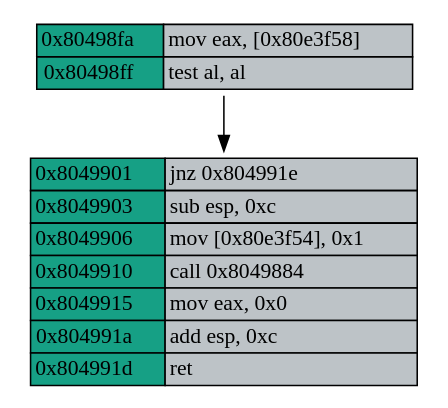
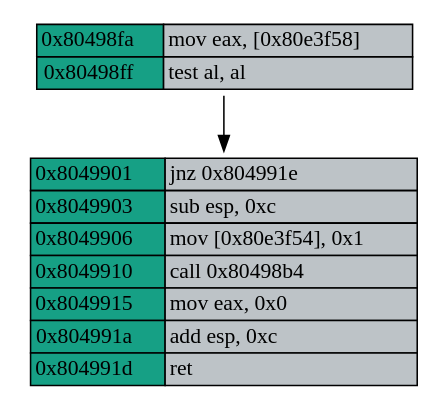
Before and after one commit to Nicolnegg/researh: the diagram in VM/tools-paper/Examples/sse-mock-example/function_cfg.dot, drawn with Graphviz. The commit also changed 44 other files, not shown here.

```diff
--- a/VM/tools-paper/Examples/sse-mock-example/function_cfg.dot
+++ b/VM/tools-paper/Examples/sse-mock-example/function_cfg.dot
@@ -1,22 +1,22 @@
 digraph G {
   node [shape=plaintext, ];
   252488022 [label=<<table border="0" cellspacing="0">
 <tr><td border="1" bgcolor="#16a085">0x8049901</td><td border="1" bgcolor="#bdc3c7" align="left">jnz 0x804991e</td></tr>
 <tr><td border="1" bgcolor="#16a085">0x8049903</td><td border="1" bgcolor="#bdc3c7" align="left">sub esp, 0xc</td></tr>
 <tr><td border="1" bgcolor="#16a085">0x8049906</td><td border="1" bgcolor="#bdc3c7" align="left">mov [0x80e3f54], 0x1</td></tr>
-<tr><td border="1" bgcolor="#16a085">0x8049910</td><td border="1" bgcolor="#bdc3c7" align="left">call 0x8049884</td></tr>
+<tr><td border="1" bgcolor="#16a085">0x8049910</td><td border="1" bgcolor="#bdc3c7" align="left">call 0x80498b4</td></tr>
 <tr><td border="1" bgcolor="#16a085">0x8049915</td><td border="1" bgcolor="#bdc3c7" align="left">mov eax, 0x0</td></tr>
 <tr><td border="1" bgcolor="#16a085">0x804991a</td><td border="1" bgcolor="#bdc3c7" align="left">add esp, 0xc</td></tr>
 <tr><td border="1" bgcolor="#16a085">0x804991d</td><td border="1" bgcolor="#bdc3c7" align="left">ret</td></tr>
 </table>>,
              ];
   916023201 [label=<<table border="0" cellspacing="0">
 <tr><td border="1" bgcolor="#16a085">0x80498fa</td><td border="1" bgcolor="#bdc3c7" align="left">mov eax, [0x80e3f58]</td></tr>
 <tr><td border="1" bgcolor="#16a085">0x80498ff</td><td border="1" bgcolor="#bdc3c7" align="left">test al, al</td></tr>
 </table>>,
              ];
   
   
   916023201 -> 252488022 [minlen=1, ];
   
   }
```
